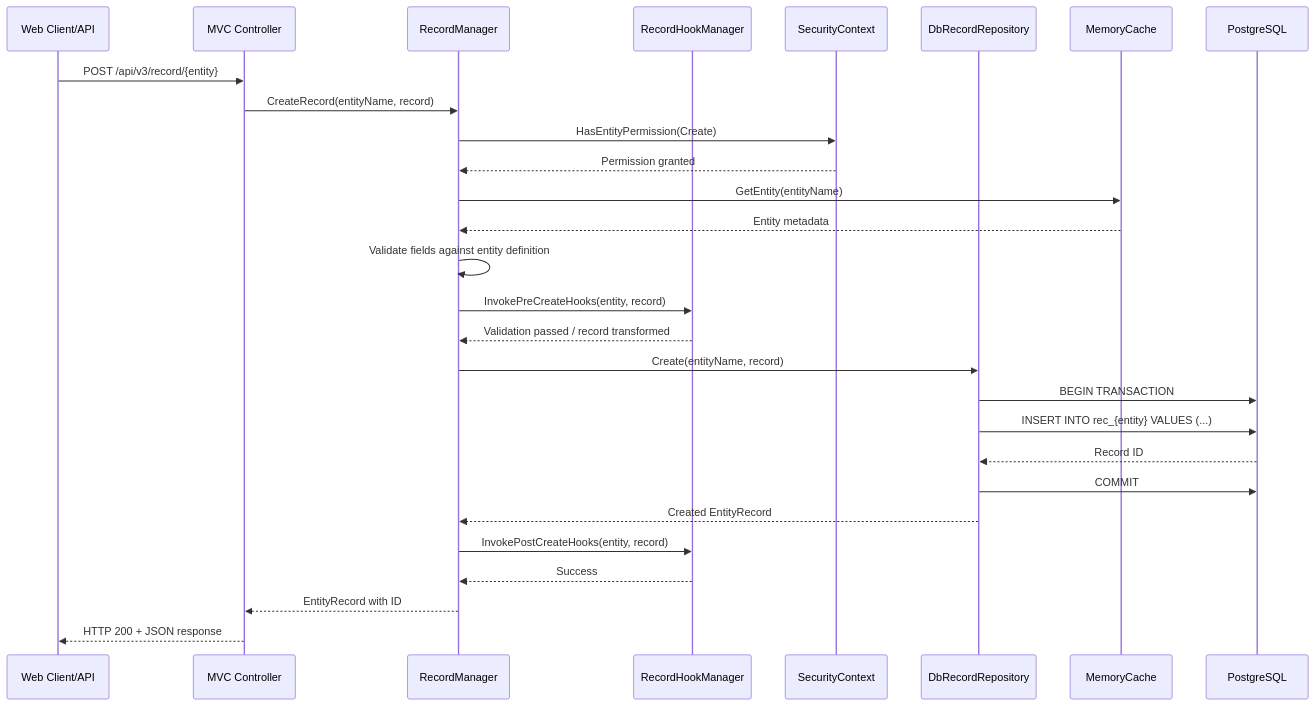
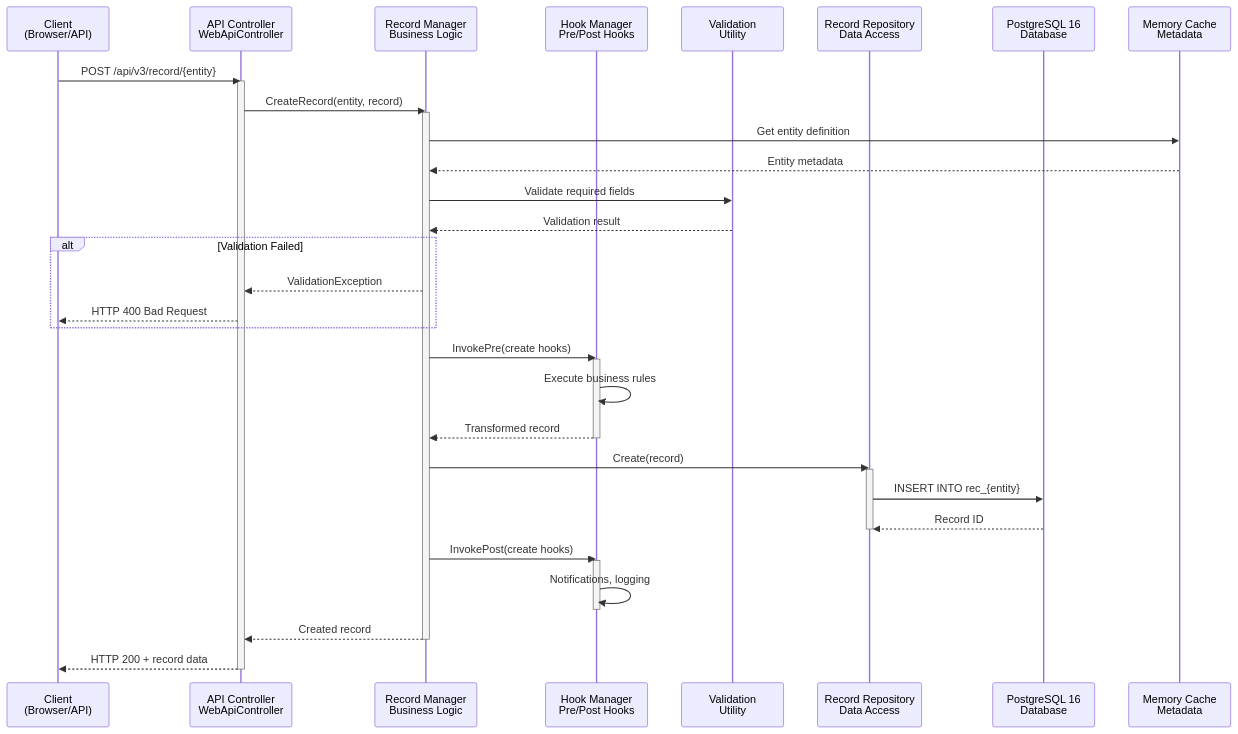
Before and after one commit to blitzy-public-samples/blitzy-WebVella-ERP: the second of 6 diagrams in docs/reverse-engineering/architecture.md, drawn with Mermaid. The commit also changed other lines of this file and 6 other files, not shown here.

````diff
--- a/docs/reverse-engineering/architecture.md
+++ b/docs/reverse-engineering/architecture.md
@@ -507,38 +588,51 @@
 ```mermaid
 sequenceDiagram
-    participant Client as Web Client/API
-    participant Controller as MVC Controller
-    participant RecordMgr as RecordManager
-    participant Hooks as RecordHookManager
-    participant Security as SecurityContext
-    participant DbRepo as DbRecordRepository
-    participant Cache as MemoryCache
-    participant DB as PostgreSQL
+    participant Client as Client<br/>(Browser/API)
+    participant Controller as API Controller<br/>WebApiController
+    participant RecordMgr as Record Manager<br/>Business Logic
+    participant HookMgr as Hook Manager<br/>Pre/Post Hooks
+    participant Validator as Validation<br/>Utility
+    participant DbRepo as Record Repository<br/>Data Access
+    participant PG as PostgreSQL 16<br/>Database
+    participant Cache as Memory Cache<br/>Metadata
     
     Client->>Controller: POST /api/v3/record/{entity}
-    Controller->>RecordMgr: CreateRecord(entityName, record)
+    activate Controller
     
-    RecordMgr->>Security: HasEntityPermission(Create)
-    Security-->>RecordMgr: Permission granted
+    Controller->>RecordMgr: CreateRecord(entity, record)
+    activate RecordMgr
     
-    RecordMgr->>Cache: GetEntity(entityName)
+    RecordMgr->>Cache: Get entity definition
     Cache-->>RecordMgr: Entity metadata
     
-    RecordMgr->>RecordMgr: Validate fields against entity definition
+    RecordMgr->>Validator: Validate required fields
+    Validator-->>RecordMgr: Validation result
     
-    RecordMgr->>Hooks: InvokePreCreateHooks(entity, record)
-    Hooks-->>RecordMgr: Validation passed / record transformed
+    alt Validation Failed
+        RecordMgr-->>Controller: ValidationException
+        Controller-->>Client: HTTP 400 Bad Request
+    end
     
-    RecordMgr->>DbRepo: Create(entityName, record)
-    DbRepo->>DB: BEGIN TRANSACTION
-    DbRepo->>DB: INSERT INTO rec_{entity} VALUES (...)
-    DB-->>DbRepo: Record ID
-    DbRepo->>DB: COMMIT
-    DbRepo-->>RecordMgr: Created EntityRecord
+    RecordMgr->>HookMgr: InvokePre(create hooks)
+    activate HookMgr
+    HookMgr->>HookMgr: Execute business rules
+    HookMgr-->>RecordMgr: Transformed record
+    deactivate HookMgr
     
-    RecordMgr->>Hooks: InvokePostCreateHooks(entity, record)
-    Hooks-->>RecordMgr: Success
+    RecordMgr->>DbRepo: Create(record)
+    activate DbRepo
+    DbRepo->>PG: INSERT INTO rec_{entity}
+    PG-->>DbRepo: Record ID
+    deactivate DbRepo
     
-    RecordMgr-->>Controller: EntityRecord with ID
-    Controller-->>Client: HTTP 200 + JSON response
+    RecordMgr->>HookMgr: InvokePost(create hooks)
+    activate HookMgr
+    HookMgr->>HookMgr: Notifications, logging
+    deactivate HookMgr
+    
+    RecordMgr-->>Controller: Created record
+    deactivate RecordMgr
+    
+    Controller-->>Client: HTTP 200 + record data
+    deactivate Controller
 ```
````
